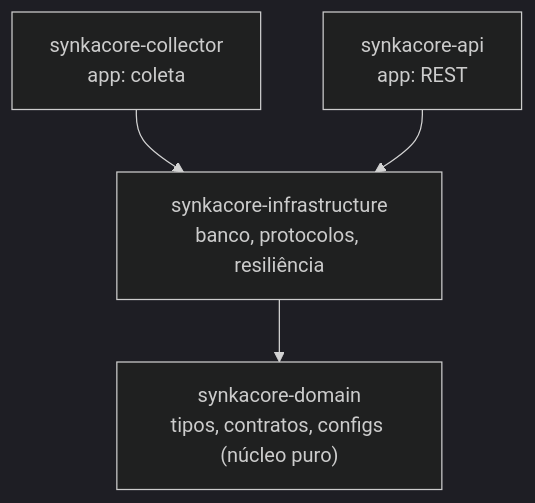
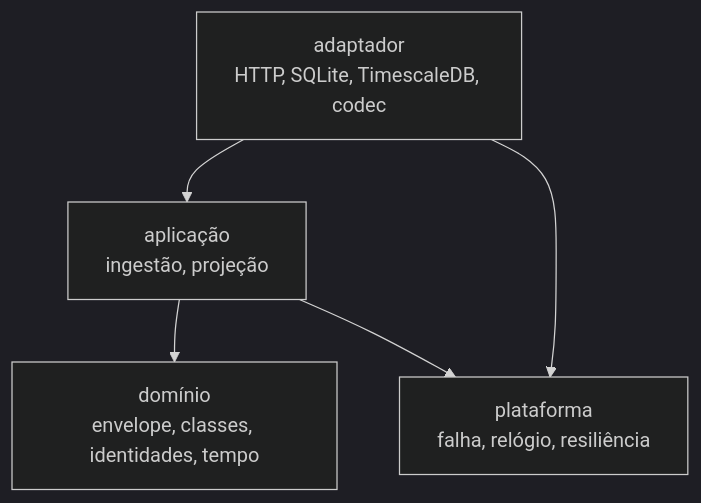
Before and after one commit to ViktorWalde/SynkaCore: the fourth of 9 diagrams in docs/VISAO-GERAL.md, drawn with Mermaid (dark theme). The commit also changed other lines of this file and 124 other files, not shown here.

````diff
--- a/docs/VISAO-GERAL.md
+++ b/docs/VISAO-GERAL.md
@@ -43,6 +72,7 @@
 ```mermaid
 flowchart TD
-    COL["synkacore-collector<br/>app: coleta"] --> INFRA["synkacore-infrastructure<br/>banco, protocolos, resiliência"]
-    API["synkacore-api<br/>app: REST"] --> INFRA
-    INFRA --> DOM["synkacore-domain<br/>tipos, contratos, configs (núcleo puro)"]
+    ADA["adaptador<br/>HTTP, SQLite, TimescaleDB, codec"] --> APL["aplicação<br/>ingestão, projeção"]
+    APL --> DOM["domínio<br/>envelope, classes, identidades, tempo"]
+    ADA --> PLA["plataforma<br/>falha, relógio, resiliência"]
+    APL --> PLA
 ```
````
